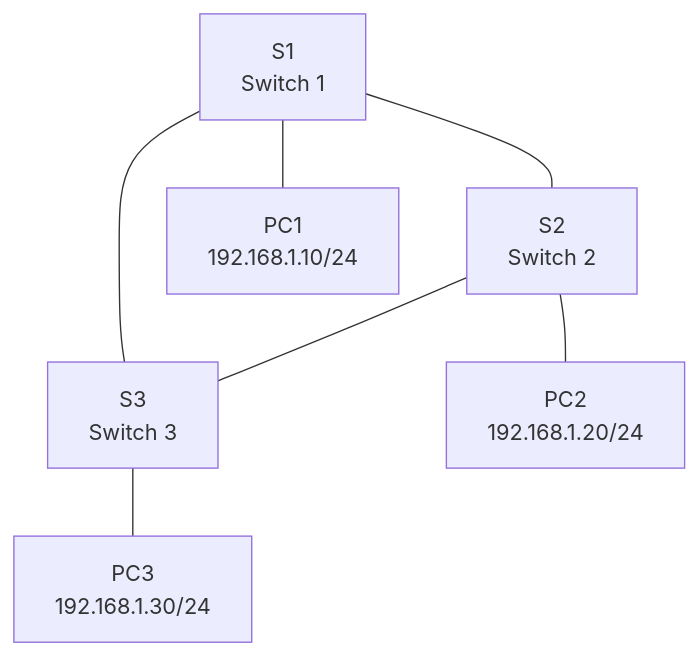
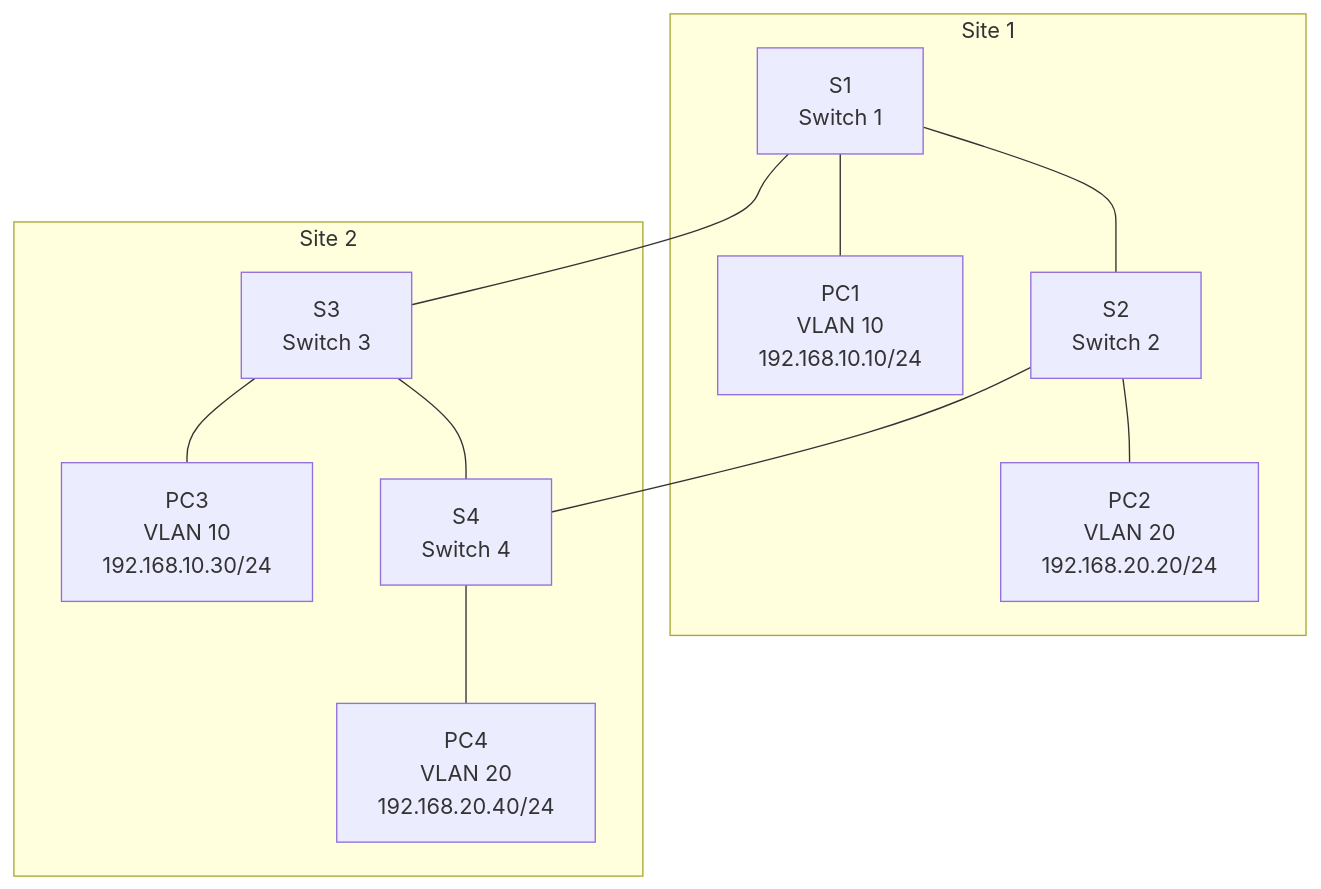
Before and after one commit to Haapsalu-Kutsehariduskeskus/av: the diagram in Labs/Lab_17_Spanning_Tree.md, drawn with Mermaid. The commit also changed other lines of this file and 1 other file, not shown here.

````diff
--- a/Labs/Lab_17_Spanning_Tree.md
+++ b/Labs/Lab_17_Spanning_Tree.md
@@ -17,9 +17,17 @@
 ```mermaid
 graph TD
-    S1[S1<br>Switch 1] --- S2[S2<br>Switch 2]
-    S1 --- S3[S3<br>Switch 3]
-    S2 --- S3
-    S1 --- PC1[PC1<br>192.168.1.10/24]
-    S2 --- PC2[PC2<br>192.168.1.20/24]
-    S3 --- PC3[PC3<br>192.168.1.30/24]
+    subgraph Site 1
+        S1[S1<br>Switch 1] --- S2[S2<br>Switch 2]
+        S1 --- PC1[PC1<br>VLAN 10<br>192.168.10.10/24]
+        S2 --- PC2[PC2<br>VLAN 20<br>192.168.20.20/24]
+    end
+
+    subgraph Site 2
+        S3[S3<br>Switch 3] --- S4[S4<br>Switch 4]
+        S3 --- PC3[PC3<br>VLAN 10<br>192.168.10.30/24]
+        S4 --- PC4[PC4<br>VLAN 20<br>192.168.20.40/24]
+    end
+
+    S1 --- S3
+    S2 --- S4
 ```
````
